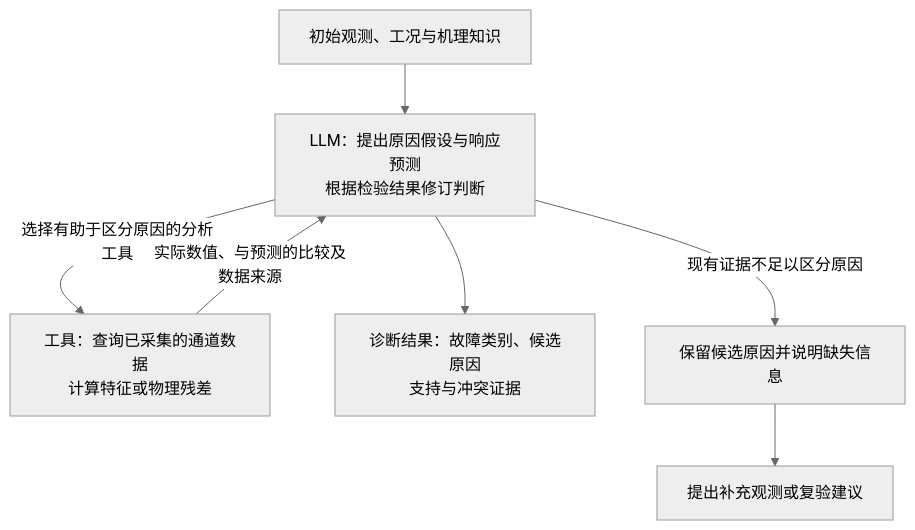
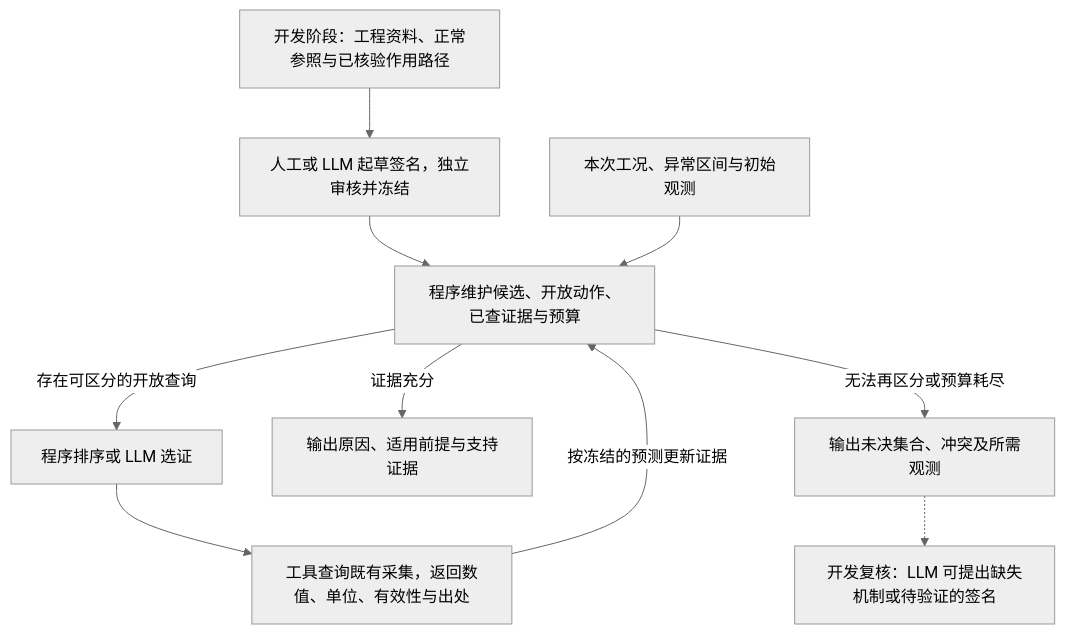
One commit to LYX2LK/Typhoon-HIL-lab-workflow changed the third of 4 diagrams in docs/research/2026-11-11-hil-ai-selection/technical-selection.md. Above: the diagram before and after it, drawn with Mermaid (neutral theme). The commit also changed other lines of this file and 8 other files, not shown here.

````diff
--- a/docs/research/2026-11-11-hil-ai-selection/technical-selection.md
+++ b/docs/research/2026-11-11-hil-ai-selection/technical-selection.md
@@ -228,9 +259,12 @@
 ```mermaid
 flowchart TD
-    A["初始观测、工况与机理知识"] --> B["LLM：提出原因假设与响应预测<br/>根据检验结果修订判断"]
-    B -->|选择有助于区分原因的分析工具| T["工具：查询已采集的通道数据<br/>计算特征或物理残差"]
-    T -->|实际数值、与预测的比较及数据来源| B
-    B --> O["诊断结果：故障类别、候选原因<br/>支持与冲突证据"]
-    B -->|现有证据不足以区分原因| U["保留候选原因并说明缺失信息"]
-    U --> R["提出补充观测或复验建议"]
+    K["开发阶段：工程资料、正常参照与已核验作用路径"] --> M["人工或 LLM 起草签名，独立审核并冻结"]
+    M --> S["程序维护候选、开放动作、已查证据与预算"]
+    A["本次工况、异常区间与初始观测"] --> S
+    S -->|存在可区分的开放查询| Q["程序排序或 LLM 选证"]
+    Q --> T["工具查询既有采集，返回数值、单位、有效性与出处"]
+    T -->|按冻结的预测更新证据| S
+    S -->|证据充分| D["输出原因、适用前提与支持证据"]
+    S -->|无法再区分或预算耗尽| U["输出未决集合、冲突及所需观测"]
+    U -.-> R["开发复核：LLM 可提出缺失机制或待验证的签名"]
 ```
````
